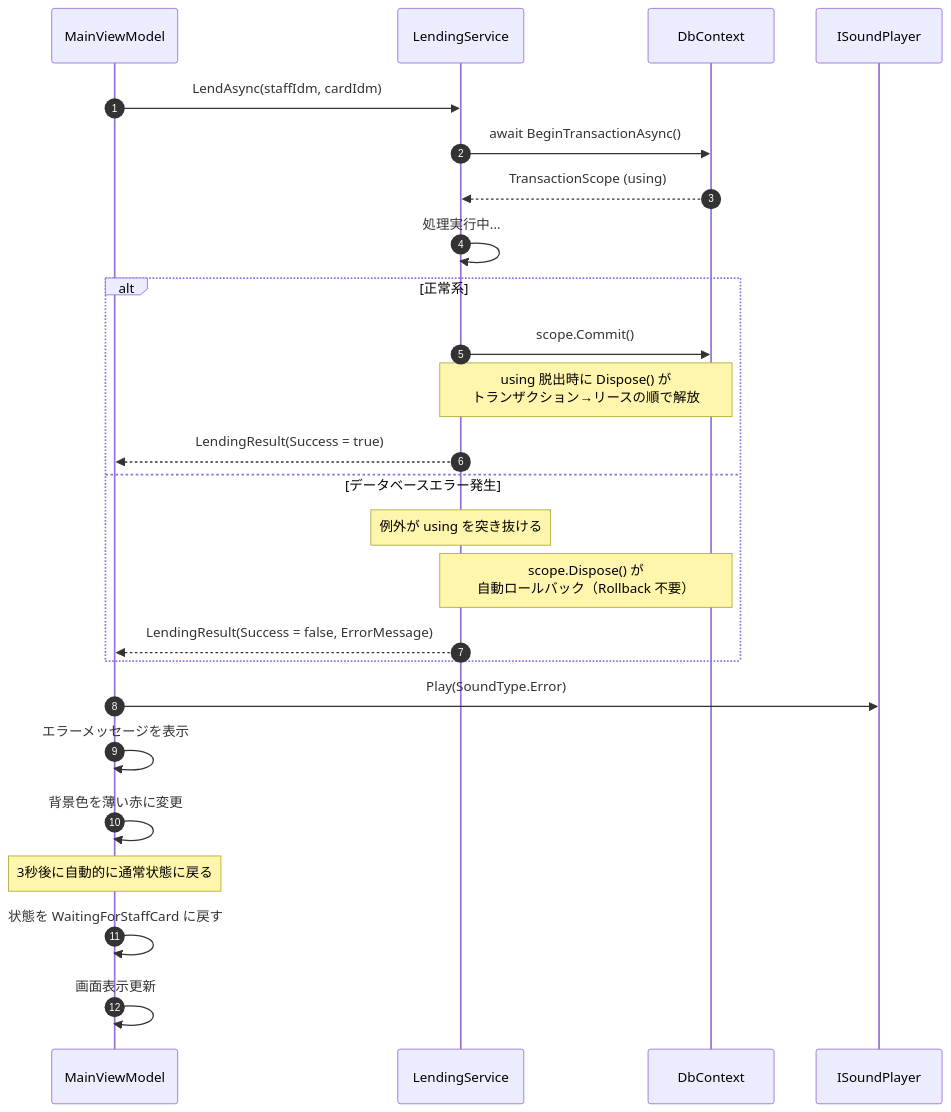
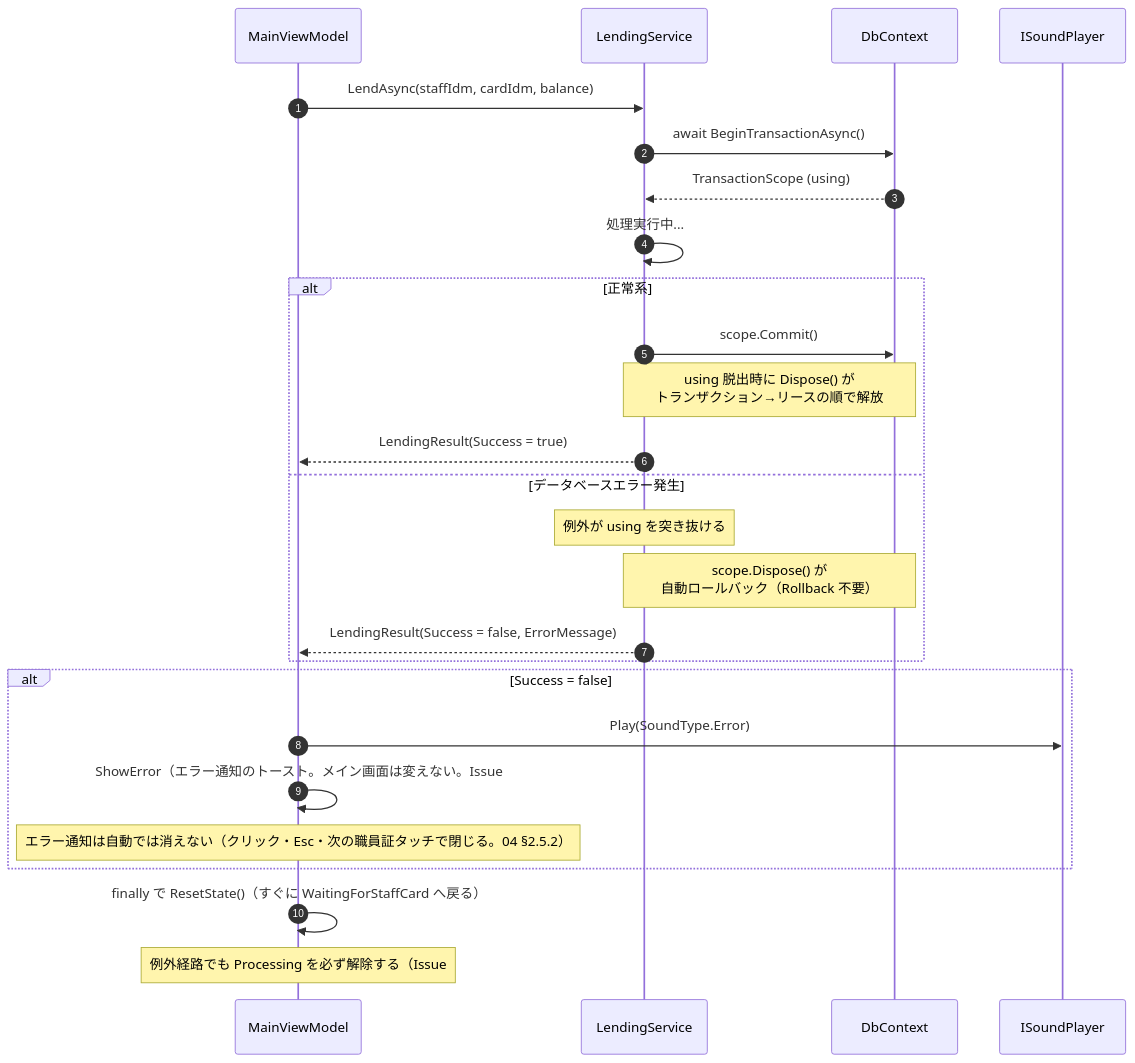
One commit to kuwayamamasayuki/ICCardManager changed the eighth of 17 diagrams in ICCardManager/docs/design/06_シーケンス図.md. Above: the diagram before and after it, drawn with Mermaid. The commit also changed other lines of this file and 3 other files, not shown here.

First line of the commit message:
docs: シーケンス図（06）の記述を現在の実装に合わせた（#2310） (#2357)

````diff
--- a/ICCardManager/docs/design/06_シーケンス図.md
+++ b/ICCardManager/docs/design/06_シーケンス図.md
@@ -474,34 +595,34 @@
 ```mermaid
 sequenceDiagram
     autonumber
     participant VM as MainViewModel
     participant LS as LendingService
     participant DB as DbContext
     participant Sound as ISoundPlayer
 
-    VM->>LS: LendAsync(staffIdm, cardIdm)
+    VM->>LS: LendAsync(staffIdm, cardIdm, balance)
 
     LS->>DB: await BeginTransactionAsync()
     DB-->>LS: TransactionScope (using)
 
     LS->>LS: 処理実行中...
 
     alt 正常系
         LS->>DB: scope.Commit()
         Note over LS,DB: using 脱出時に Dispose() が<br/>トランザクション→リースの順で解放
         LS-->>VM: LendingResult(Success = true)
     else データベースエラー発生
         Note over LS: 例外が using を突き抜ける
         Note over LS,DB: scope.Dispose() が<br/>自動ロールバック（Rollback 不要）
         LS-->>VM: LendingResult(Success = false, ErrorMessage)
     end
 
-    VM->>Sound: Play(SoundType.Error)
-    VM->>VM: エラーメッセージを表示
-    VM->>VM: 背景色を薄い赤に変更
+    alt Success = false
+        VM->>Sound: Play(SoundType.Error)
+        VM->>VM: ShowError（エラー通知のトースト。メイン画面は変えない。Issue #186）
+        Note over VM: エラー通知は自動では消えない（クリック・Esc・次の職員証タッチで閉じる。04 §2.5.2）
+    end
 
-    Note over VM: 3秒後に自動的に通常状態に戻る
-
-    VM->>VM: 状態を WaitingForStaffCard に戻す
-    VM->>VM: 画面表示更新
+    VM->>VM: finally で ResetState()（すぐに WaitingForStaffCard へ戻る）
+    Note over VM: 例外経路でも Processing を必ず解除する（Issue #1725）
 ```
````
